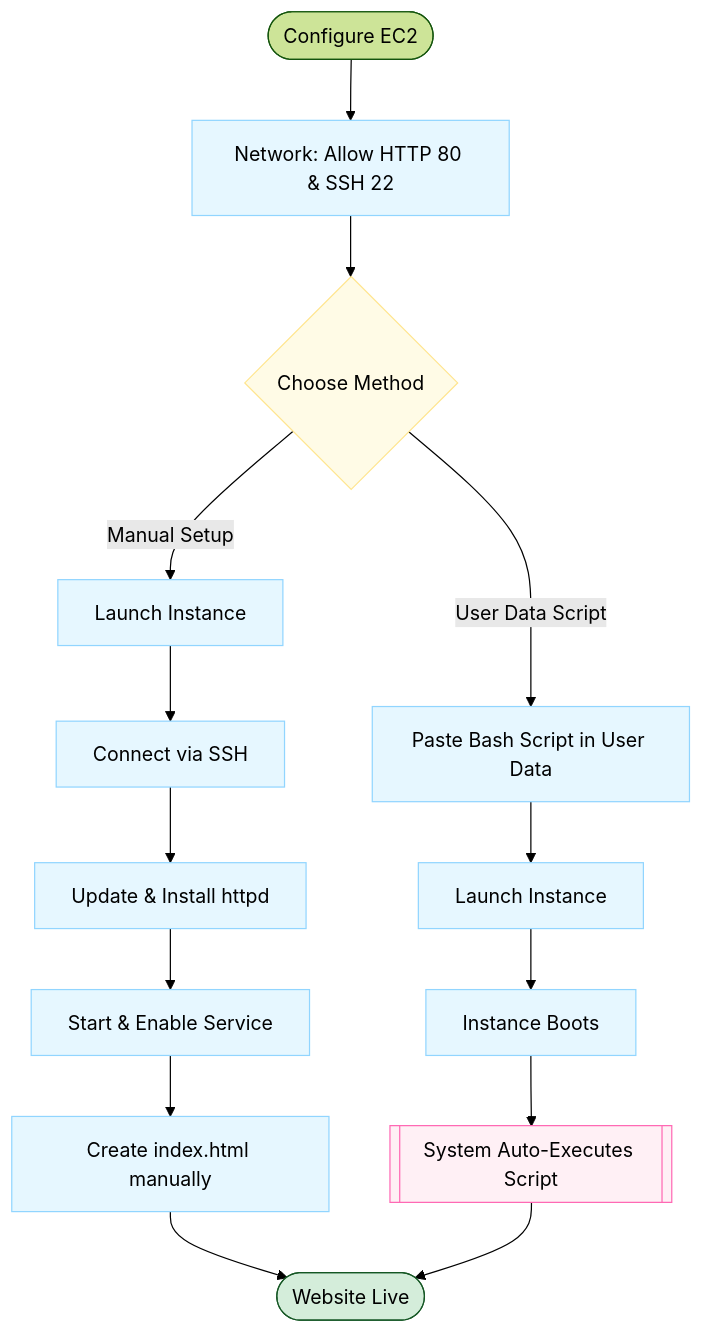
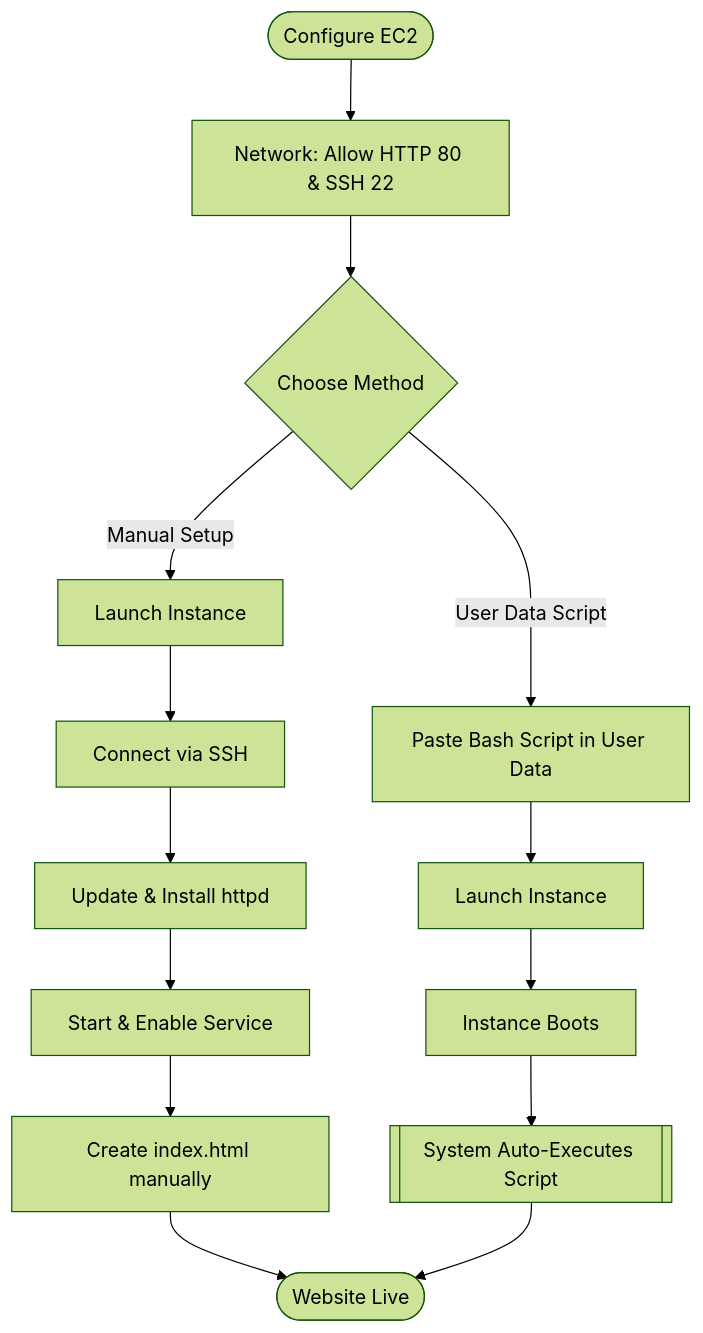
The diagram in docs/dev-cloud/cclab/lab_7.md (sujith-eag/sujith-library), drawn with Mermaid (forest theme) before and after one commit. The commit also changed 41 other files, not shown here.

First line of the commit message:
Refactor diagrams and remove redundant styles in documentation

````diff
--- a/docs/dev-cloud/cclab/lab_7.md
+++ b/docs/dev-cloud/cclab/lab_7.md
@@ -11,28 +11,18 @@
 ```mermaid
 flowchart TD
     Start([Configure EC2]) --> Net[Network: Allow HTTP 80 & SSH 22]
     Net --> Choice{Choose Method}
 
     Choice -- Manual Setup --> Launch1[Launch Instance]
     Launch1 --> SSH[Connect via SSH]
     SSH --> Install[Update & Install httpd]
     Install --> StartSvc[Start & Enable Service]
     StartSvc --> File[Create index.html manually]
     File --> EndNode([Website Live])
 
     Choice -- User Data Script --> Script[Paste Bash Script in User Data]
     Script --> Launch2[Launch Instance]
     Launch2 --> Boot[Instance Boots]
     Boot --> Auto[[System Auto-Executes Script]]
     Auto --> EndNode
-
-    classDef process fill:#e6f7ff,stroke:#91d5ff
-    classDef decision fill:#fffbe6,stroke:#ffe58f
-    classDef success fill:#d4edda,stroke:#155724
-    classDef highlight fill:#fff0f5,stroke:#ff69b4
-
-    class Net,Launch1,SSH,Install,StartSvc,File,Script,Launch2,Boot process
-    class Choice decision
-    class Auto highlight
-    class EndNode success
 ```
````
